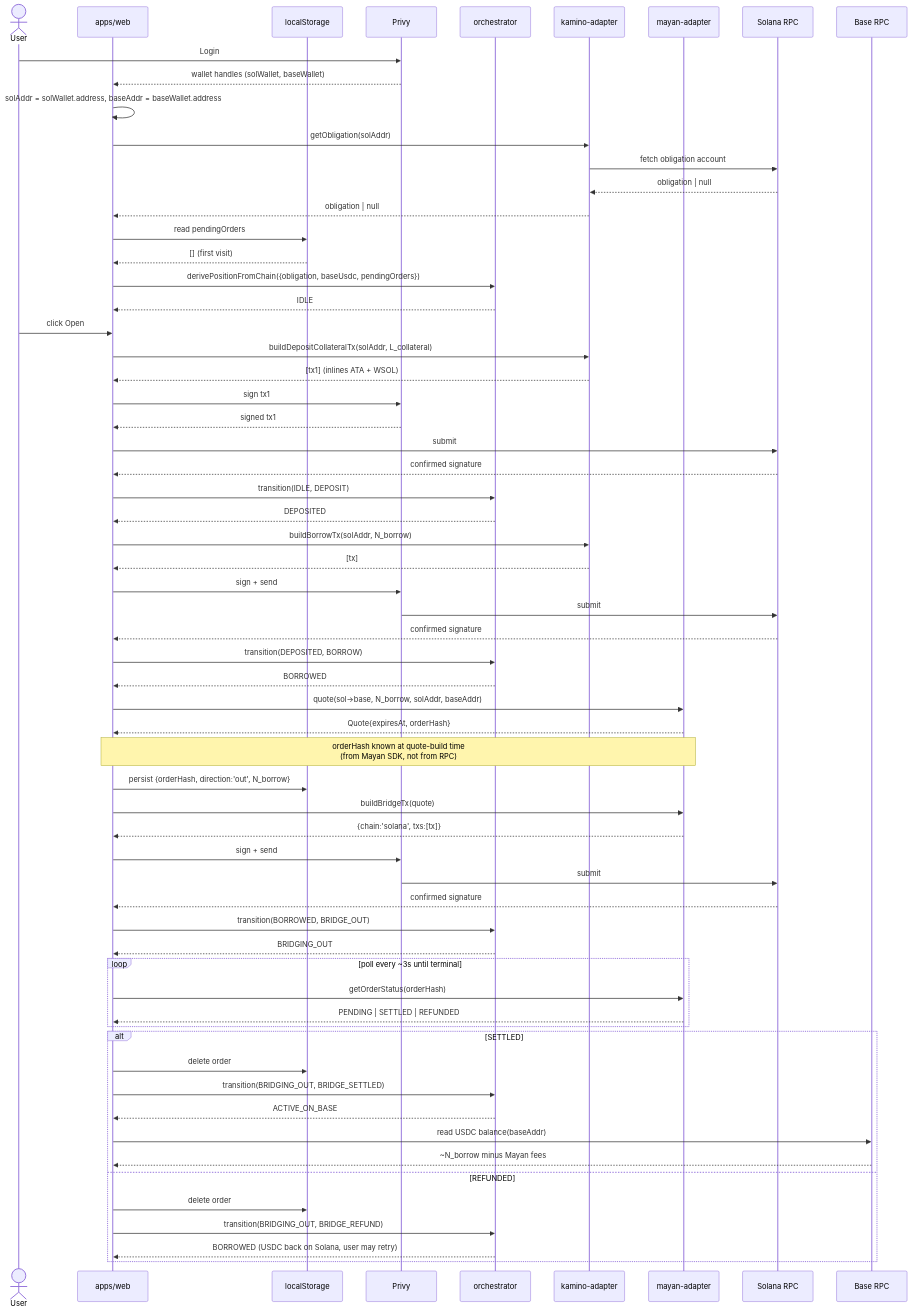
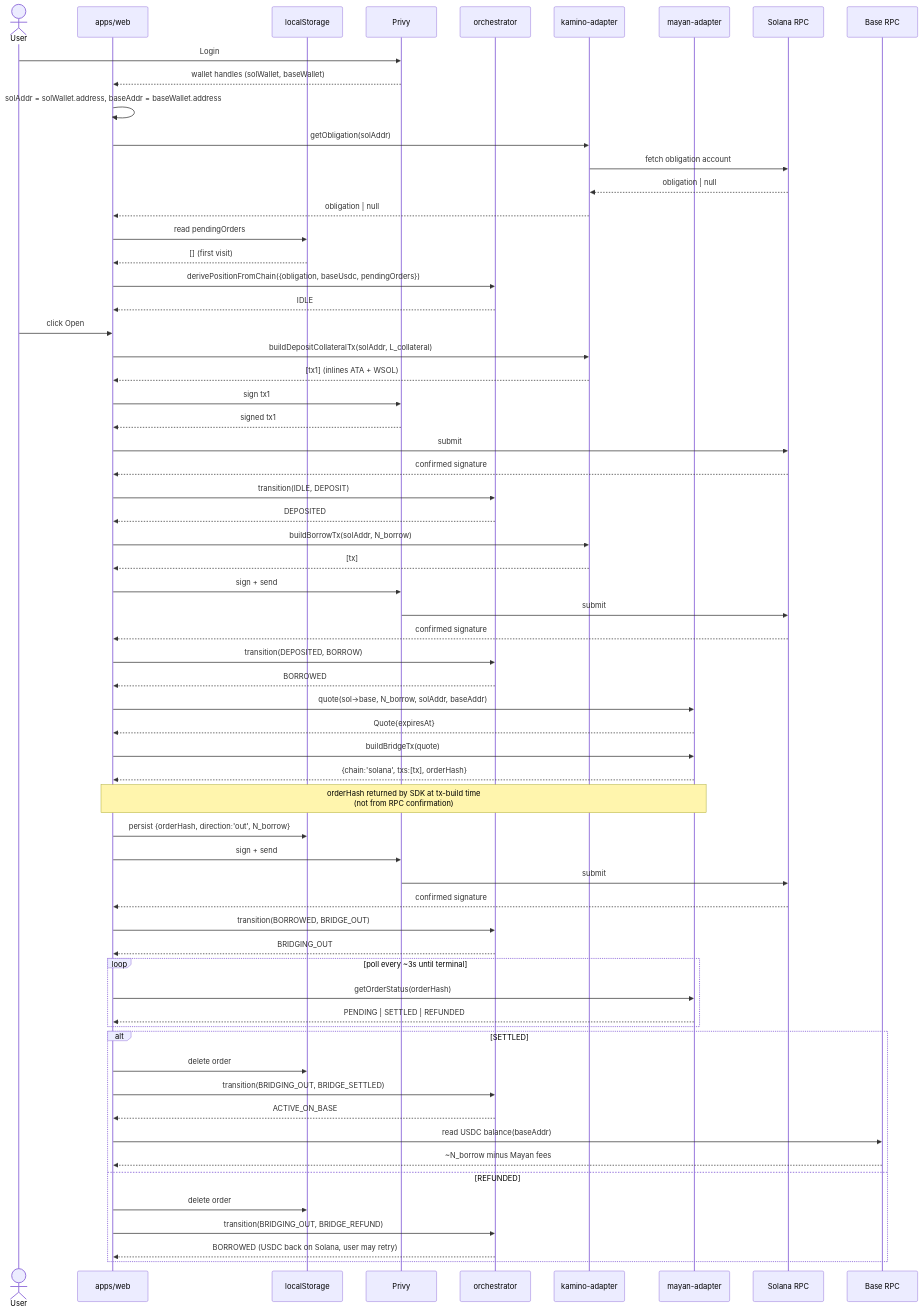
One commit to Milerius/kast-project changed the fourth of 7 diagrams in docs/ARCHITECTURE.md. Above: the diagram before and after it, drawn with Mermaid. The commit also changed other lines of this file, not shown here.

Commit message:
docs(architecture): move orderHash from Quote to buildBridgeTx return
Aligns the sequence diagrams with RFC §6: Quote exposes only
expiresAt; orderHash is returned from buildBridgeTx alongside
the tx bundle. Persistence happens after build, before signing,
so the hash is captured even if the user rejects the wallet prompt.

````diff
--- a/docs/ARCHITECTURE.md
+++ b/docs/ARCHITECTURE.md
@@ -146,71 +146,71 @@
 ```mermaid
 sequenceDiagram
     actor User
     participant UI as apps/web
     participant LS as localStorage
     participant P as Privy
     participant O as orchestrator
     participant K as kamino-adapter
     participant M as mayan-adapter
     participant SOL as Solana RPC
     participant BASE as Base RPC
 
     User->>P: Login
     P-->>UI: wallet handles (solWallet, baseWallet)
     UI->>UI: solAddr = solWallet.address, baseAddr = baseWallet.address
 
     UI->>K: getObligation(solAddr)
     K->>SOL: fetch obligation account
     SOL-->>K: obligation | null
     K-->>UI: obligation | null
     UI->>LS: read pendingOrders
     LS-->>UI: [] (first visit)
     UI->>O: derivePositionFromChain({obligation, baseUsdc, pendingOrders})
     O-->>UI: IDLE
 
     User->>UI: click Open
     UI->>K: buildDepositCollateralTx(solAddr, L_collateral)
     K-->>UI: [tx1] (inlines ATA + WSOL)
     UI->>P: sign tx1
     P-->>UI: signed tx1
     UI->>SOL: submit
     SOL-->>UI: confirmed signature
     UI->>O: transition(IDLE, DEPOSIT)
     O-->>UI: DEPOSITED
 
     UI->>K: buildBorrowTx(solAddr, N_borrow)
     K-->>UI: [tx]
     UI->>P: sign + send
     P->>SOL: submit
     SOL-->>UI: confirmed signature
     UI->>O: transition(DEPOSITED, BORROW)
     O-->>UI: BORROWED
 
     UI->>M: quote(sol→base, N_borrow, solAddr, baseAddr)
-    M-->>UI: Quote{expiresAt, orderHash}
-    Note over UI,M: orderHash known at quote-build time<br/>(from Mayan SDK, not from RPC)
+    M-->>UI: Quote{expiresAt}
+    UI->>M: buildBridgeTx(quote)
+    M-->>UI: {chain:'solana', txs:[tx], orderHash}
+    Note over UI,M: orderHash returned by SDK at tx-build time<br/>(not from RPC confirmation)
     UI->>LS: persist {orderHash, direction:'out', N_borrow}
-    UI->>M: buildBridgeTx(quote)
-    M-->>UI: {chain:'solana', txs:[tx]}
     UI->>P: sign + send
     P->>SOL: submit
     SOL-->>UI: confirmed signature
     UI->>O: transition(BORROWED, BRIDGE_OUT)
     O-->>UI: BRIDGING_OUT
 
     loop poll every ~3s until terminal
         UI->>M: getOrderStatus(orderHash)
         M-->>UI: PENDING | SETTLED | REFUNDED
     end
     alt SETTLED
         UI->>LS: delete order
         UI->>O: transition(BRIDGING_OUT, BRIDGE_SETTLED)
         O-->>UI: ACTIVE_ON_BASE
         UI->>BASE: read USDC balance(baseAddr)
         BASE-->>UI: ~N_borrow minus Mayan fees
     else REFUNDED
         UI->>LS: delete order
         UI->>O: transition(BRIDGING_OUT, BRIDGE_REFUND)
         O-->>UI: BORROWED (USDC back on Solana, user may retry)
     end
 ```
````
